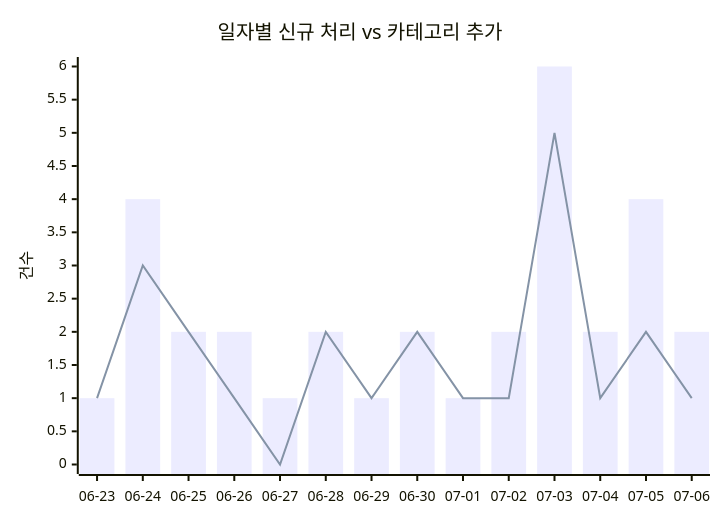
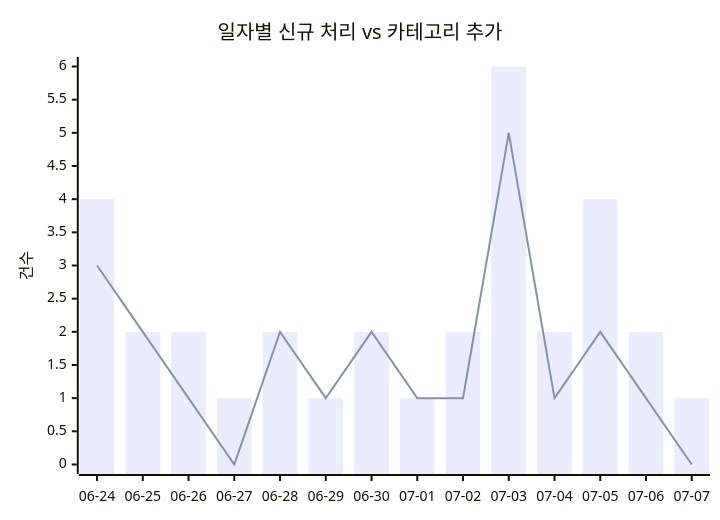
Before and after one commit to J-nowcow/awesome-korean-agent-skills: the first of 2 diagrams in docs/trends.md, drawn with Mermaid. The commit also changed other lines of this file and 2 other files, not shown here.

````diff
--- a/docs/trends.md
+++ b/docs/trends.md
@@ -32,8 +32,8 @@
 ```mermaid
 xychart-beta
     title "일자별 신규 처리 vs 카테고리 추가"
-    x-axis ["06-23","06-24","06-25","06-26","06-27","06-28","06-29","06-30","07-01","07-02","07-03","07-04","07-05","07-06"]
+    x-axis ["06-24","06-25","06-26","06-27","06-28","06-29","06-30","07-01","07-02","07-03","07-04","07-05","07-06","07-07"]
     y-axis "건수"
-    bar [1,4,2,2,1,2,1,2,1,2,6,2,4,2]
-    line [1,3,2,1,0,2,1,2,1,1,5,1,2,1]
+    bar [4,2,2,1,2,1,2,1,2,6,2,4,2,1]
+    line [3,2,1,0,2,1,2,1,1,5,1,2,1,0]
 ```
````
